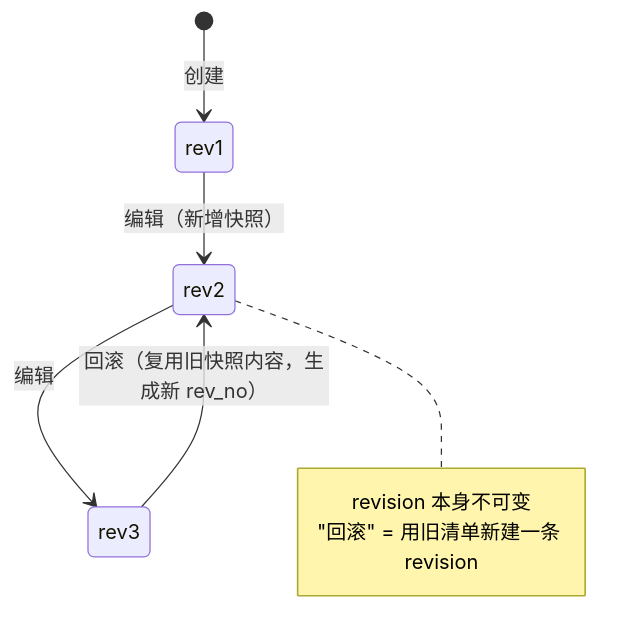
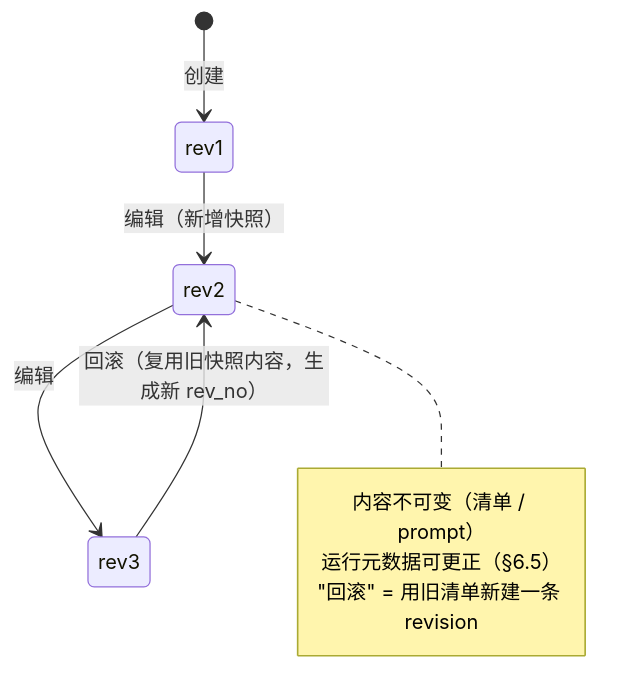
The ninth of 16 diagrams in docs/Demo域设计.md (deepdemos/ds-demos-showcase), drawn with Mermaid before and after one commit. The commit also changed other lines of this file and 36 other files, not shown here.

````diff
--- a/docs/Demo域设计.md
+++ b/docs/Demo域设计.md
@@ -619,11 +738,12 @@
 ```mermaid
 stateDiagram-v2
     [*] --> rev1: 创建
     rev1 --> rev2: 编辑（新增快照）
     rev2 --> rev3: 编辑
     rev3 --> rev2: 回滚（复用旧快照内容，生成新 rev_no）
     note right of rev2
-        revision 本身不可变
+        内容不可变（清单 / prompt）
+        运行元数据可更正（§6.5）
         "回滚" = 用旧清单新建一条 revision
     end note
 ```
````
